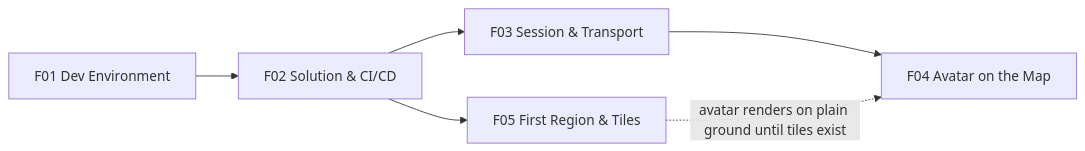
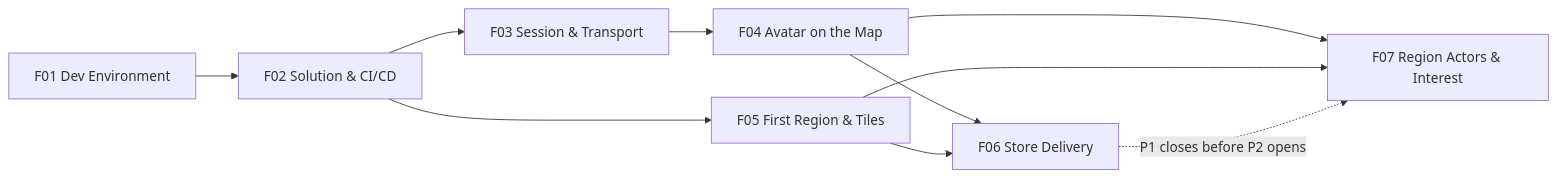
Before and after one commit to jhofer/ar-map-game: the diagram in docs/features/README.md, drawn with Mermaid. The commit also changed other lines of this file and 7 other files, not shown here.

````diff
--- a/docs/features/README.md
+++ b/docs/features/README.md
@@ -19,8 +21,12 @@
 ```mermaid
 flowchart LR
     F01[F01 Dev Environment] --> F02[F02 Solution & CI/CD]
     F02 --> F03[F03 Session & Transport]
     F02 --> F05[F05 First Region & Tiles]
     F03 --> F04[F04 Avatar on the Map]
-    F05 -.->|avatar renders on plain ground until tiles exist| F04
+    F04 --> F06[F06 Store Delivery]
+    F05 --> F06
+    F04 --> F07[F07 Region Actors & Interest]
+    F05 --> F07
+    F06 -.->|P1 closes before P2 opens| F07
 ```
````
